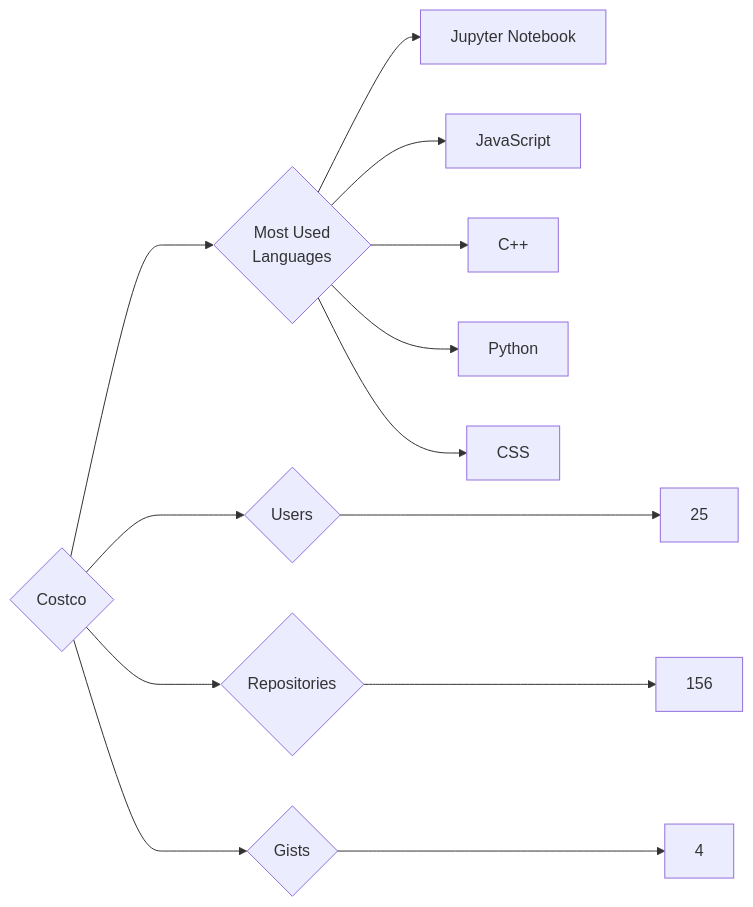
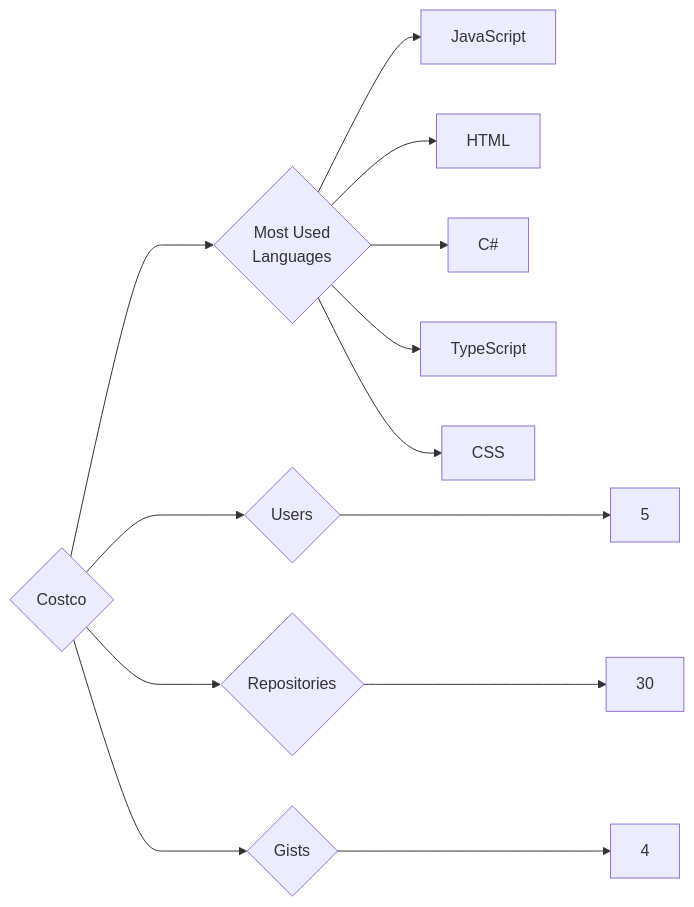
Before and after one commit to trickest/insiders: the diagram in targets/Costco/README.md, drawn with Mermaid. The commit also changed 736 other files, not shown here.

````diff
--- a/targets/Costco/README.md
+++ b/targets/Costco/README.md
@@ -3,13 +3,13 @@
 ```mermaid
 graph LR
 COMPANY_NAME{Costco}
-COMPANY_NAME ---> U{Users} ---> UN[25]
-COMPANY_NAME ---> R{Repositories} ---> RN[156]
+COMPANY_NAME ---> U{Users} ---> UN[5]
+COMPANY_NAME ---> R{Repositories} ---> RN[30]
 COMPANY_NAME ---> G{Gists} ---> GN[4]
 COMPANY_NAME ---> ML{Most Used<br>Languages}
-ML --> Jupyter_Notebook[Jupyter Notebook]
 ML --> JavaScript[JavaScript]
-ML --> C++[C++]
-ML --> Python[Python]
+ML --> HTML[HTML]
+ML --> C#[C#]
+ML --> TypeScript[TypeScript]
 ML --> CSS[CSS]
 ```
````
